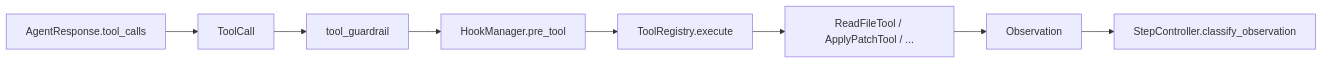
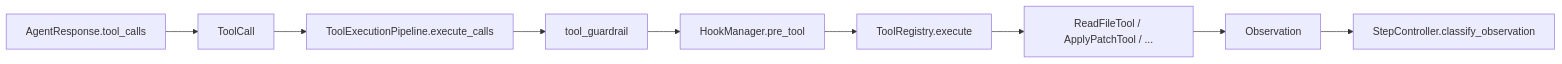
Before and after one commit to semi-hollow/NanoHarness: the third of 5 diagrams in docs/guides/code-reading-map.md, drawn with Mermaid. The commit also changed other lines of this file and 24 other files, not shown here.

````diff
--- a/docs/guides/code-reading-map.md
+++ b/docs/guides/code-reading-map.md
@@ -180,10 +193,11 @@
 ```mermaid
 flowchart LR
     Response["AgentResponse.tool_calls"] --> ToolCall["ToolCall"]
-    ToolCall --> Guardrail["tool_guardrail"]
+    ToolCall --> Pipeline["ToolExecutionPipeline.execute_calls"]
+    Pipeline --> Guardrail["tool_guardrail"]
     Guardrail --> Hook["HookManager.pre_tool"]
     Hook --> Registry["ToolRegistry.execute"]
     Registry --> Concrete["ReadFileTool / ApplyPatchTool / ..."]
     Concrete --> Observation["Observation"]
     Observation --> Recovery["StepController.classify_observation"]
 ```
````
